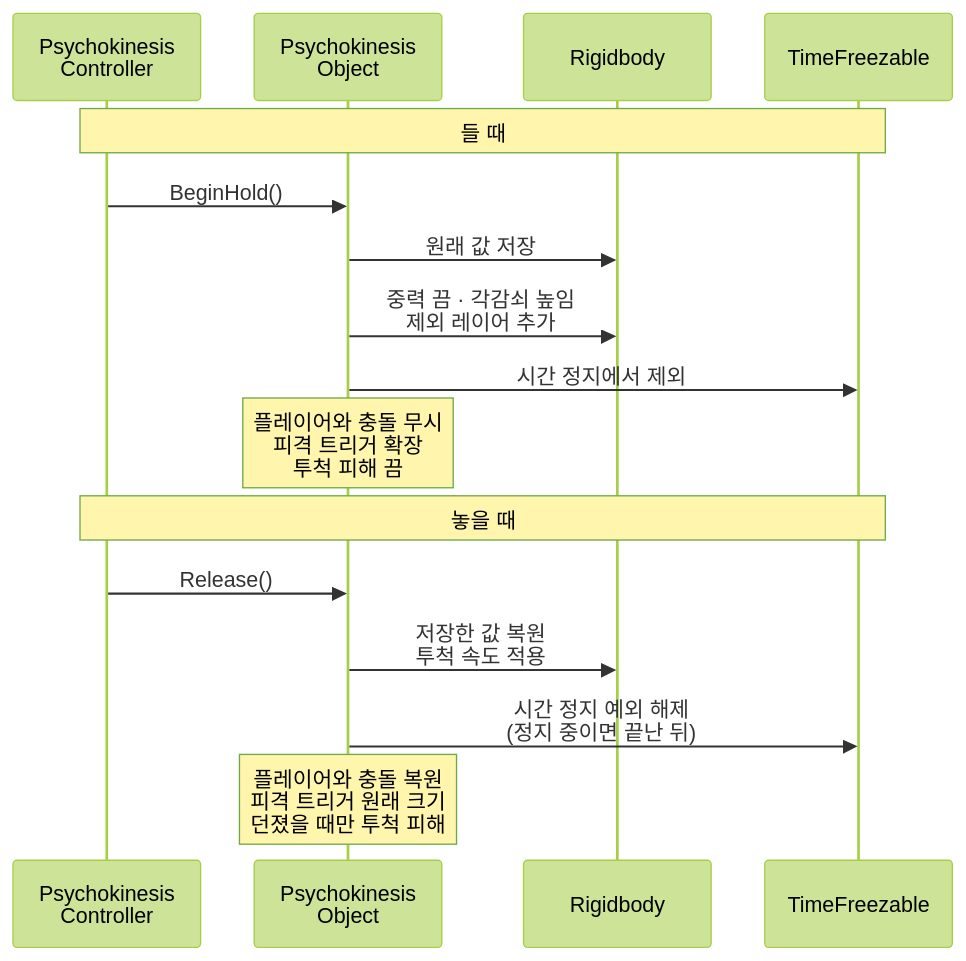
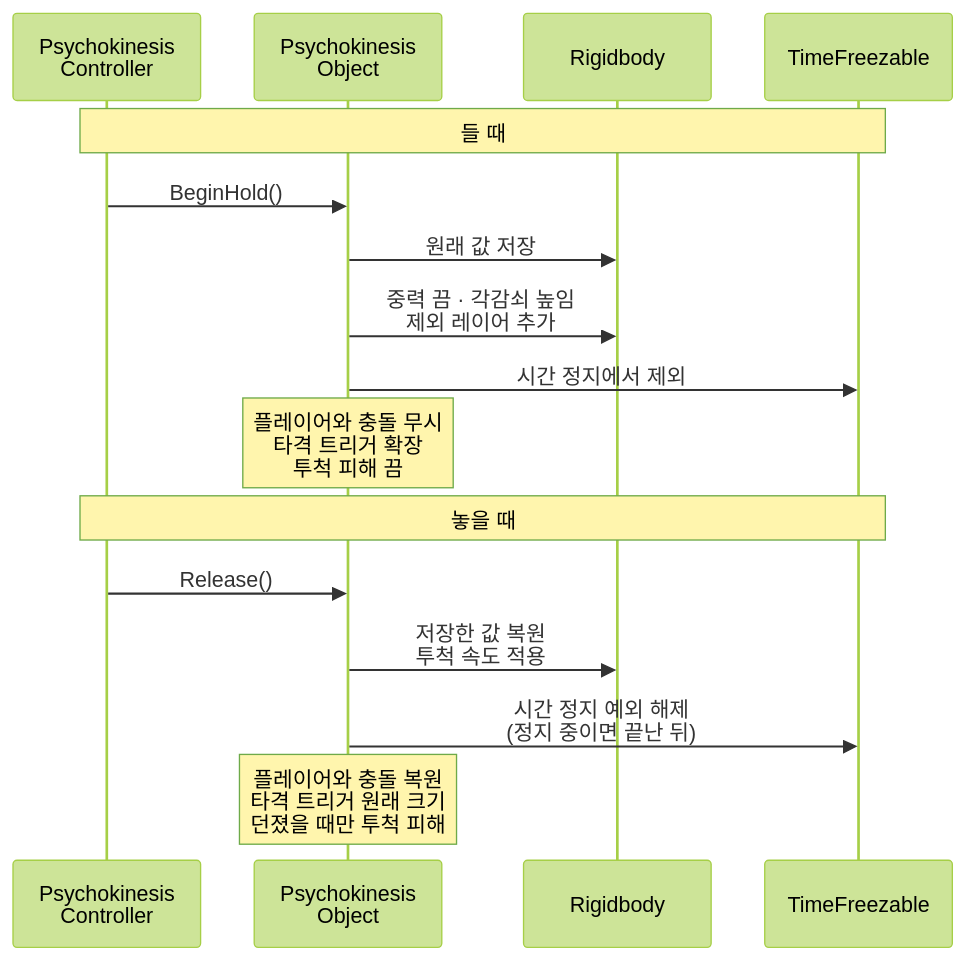
One commit to keeeery/portfolio changed the fourth of 15 diagrams in src/1-ODDITY/TechDoc_ODDITY.md. Above: the diagram before and after it, drawn with Mermaid (forest theme). The commit also changed other lines of this file and 12 other files, not shown here.

````diff
--- a/src/1-ODDITY/TechDoc_ODDITY.md
+++ b/src/1-ODDITY/TechDoc_ODDITY.md
@@ -343,21 +341,21 @@
 ```mermaid
 %%{init: {"sequence": {"width": 140, "actorMargin": 40, "messageMargin": 30, "noteMargin": 8, "boxMargin": 6}}}%%
 sequenceDiagram
     participant C as Psychokinesis<br/>Controller
     participant O as Psychokinesis<br/>Object
     participant R as Rigidbody
     participant T as TimeFreezable
 
     Note over C,T: 들 때
     C->>O: BeginHold()
     O->>R: 원래 값 저장
     O->>R: 중력 끔 · 각감쇠 높임<br/>제외 레이어 추가
     O->>T: 시간 정지에서 제외
-    Note over O: 플레이어와 충돌 무시<br/>피격 트리거 확장<br/>투척 피해 끔
+    Note over O: 플레이어와 충돌 무시<br/>타격 트리거 확장<br/>투척 피해 끔
 
     Note over C,T: 놓을 때
     C->>O: Release()
     O->>R: 저장한 값 복원<br/>투척 속도 적용
     O->>T: 시간 정지 예외 해제<br/>(정지 중이면 끝난 뒤)
-    Note over O: 플레이어와 충돌 복원<br/>피격 트리거 원래 크기<br/>던졌을 때만 투척 피해
+    Note over O: 플레이어와 충돌 복원<br/>타격 트리거 원래 크기<br/>던졌을 때만 투척 피해
 ```
````
